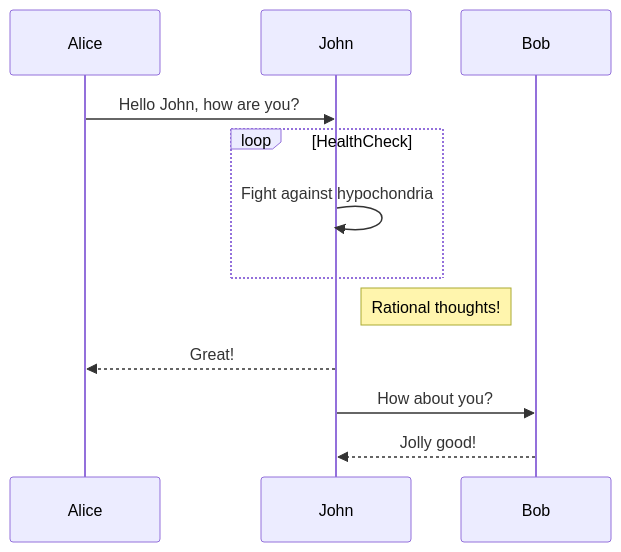
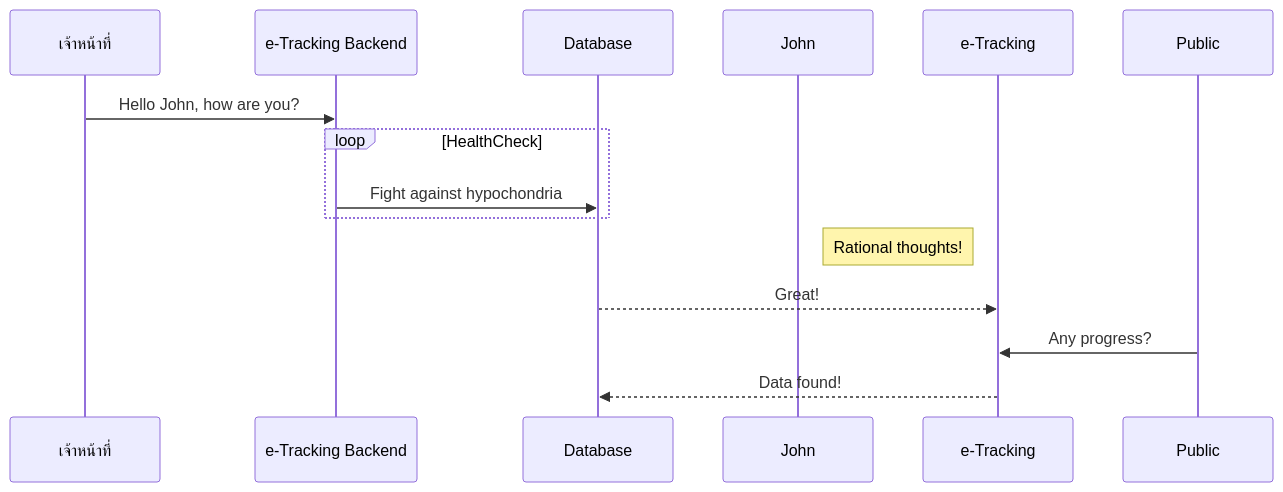
One commit to Kietpawpan/e-tracking changed the second of 2 diagrams in README.md. Above: the diagram before and after it, drawn with Mermaid.

````diff
--- a/README.md
+++ b/README.md
@@ -28,11 +28,11 @@
 ```mermaid
 sequenceDiagram
-Alice->>John: Hello John, how are you?
+เจ้าหน้าที่->>e-Tracking Backend: Hello John, how are you?
 loop HealthCheck
-    John->>John: Fight against hypochondria
+    e-Tracking Backend->>Database: Fight against hypochondria
 end
 Note right of John: Rational thoughts!
-John-->>Alice: Great!
-John->>Bob: How about you?
-Bob-->>John: Jolly good!
+Database-->>e-Tracking: Great!
+Public->>e-Tracking: Any progress?
+e-Tracking-->>Database: Data found!
 ```
````
